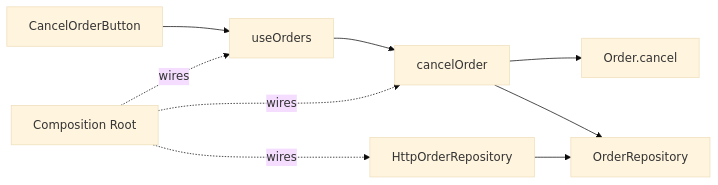
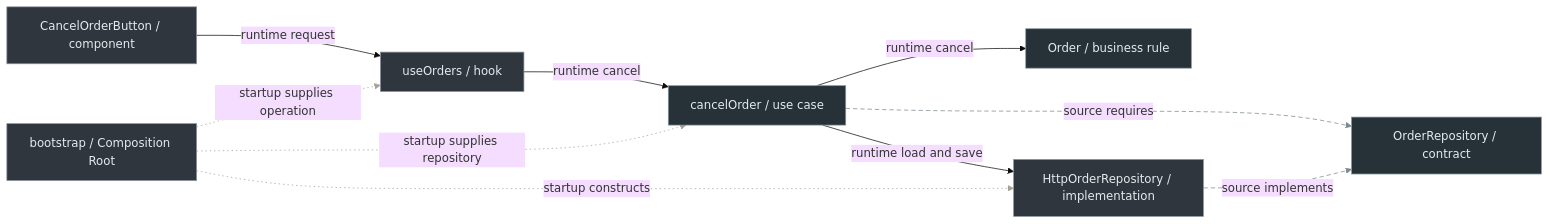
Before and after one commit to AndresTaoFlorez/software-architecture: the fourth of 5 diagrams in foundations/code-placement.md, drawn with Mermaid (base theme). The commit also changed other lines of this file and 7 other files, not shown here.

Commit message:
docs: clarify architecture diagrams and backend fixture limits

````diff
--- a/foundations/code-placement.md
+++ b/foundations/code-placement.md
@@ -310,11 +317,18 @@
 ```mermaid
 flowchart LR
-    BTN["CancelOrderButton"] --> VM["useOrders"]
-    VM --> UC["cancelOrder"]
-    UC --> ORDER["Order.cancel"]
-    UC --> PORT["OrderRepository"]
-    HTTP["HttpOrderRepository"] --> PORT
-    ROOT["Composition Root"] -. wires .-> HTTP
-    ROOT -. wires .-> UC
-    ROOT -. wires .-> VM
+    BTN["CancelOrderButton / component"] -->|"runtime request"| VM["useOrders / hook"]
+    VM -->|"runtime cancel"| UC["cancelOrder / use case"]
+    UC -->|"runtime cancel"| ORDER["Order / business rule"]
+    UC -->|"runtime load and save"| HTTP["HttpOrderRepository / implementation"]
+    UC -. "source requires" .-> PORT["OrderRepository / contract"]
+    HTTP -. "source implements" .-> PORT
+    ROOT["bootstrap / Composition Root"] -. "startup constructs" .-> HTTP
+    ROOT -. "startup supplies repository" .-> UC
+    ROOT -. "startup supplies operation" .-> VM
+    classDef policy fill:#263238,stroke:#85979e,color:#e4ebee
+    classDef outer fill:#30363d,stroke:#8b949e,color:#e4ebee
+    class UC,ORDER,PORT policy
+    class BTN,VM,HTTP,ROOT outer
+    linkStyle 4,5 stroke:#7c898f,stroke-width:1px,stroke-dasharray:6 4
+    linkStyle 6,7,8 stroke:#a5a096,stroke-width:1px,stroke-dasharray:2 4
 ```
````
